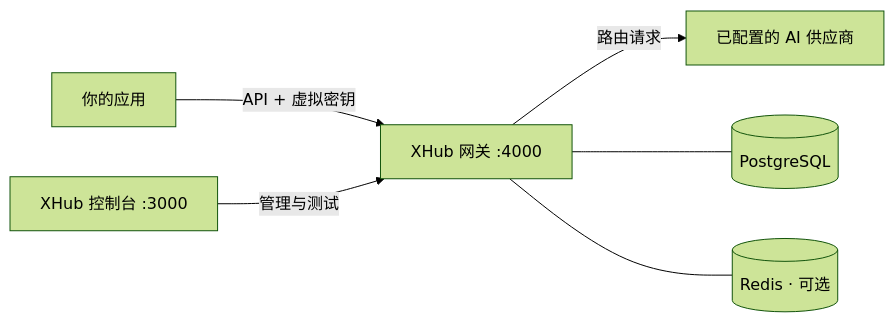
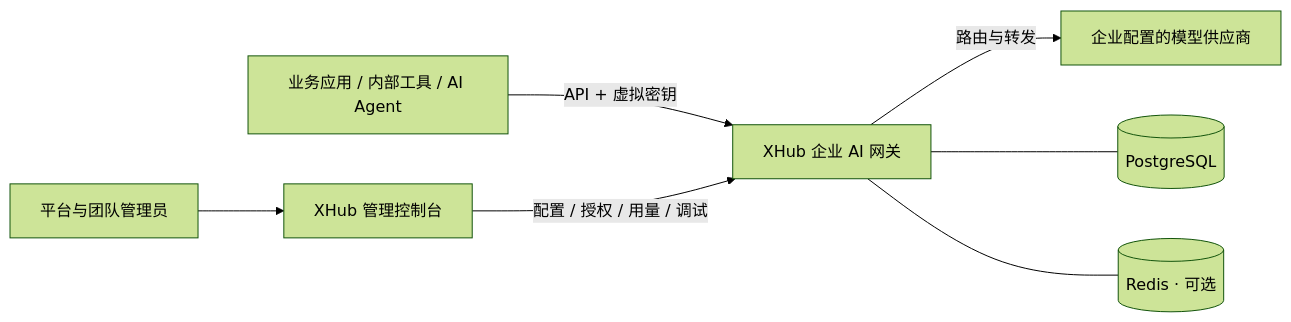
The diagram in README.zh-CN.md (sunqirui1987/xhub), drawn with Mermaid (forest theme) before and after one commit. The commit also changed other lines of this file and 94 other files, not shown here.

````diff
--- a/README.zh-CN.md
+++ b/README.zh-CN.md
@@ -53,8 +115,9 @@
 ```mermaid
 flowchart LR
-    App[你的应用] -->|API + 虚拟密钥| Gateway[XHub 网关 :4000]
-    Console[XHub 控制台 :3000] -->|管理与测试| Gateway
-    Gateway -->|路由请求| Providers[已配置的 AI 供应商]
+    Apps[业务应用 / 内部工具 / AI Agent] -->|API + 虚拟密钥| Gateway[XHub 企业 AI 网关]
+    Platform[平台与团队管理员] --> Console[XHub 管理控制台]
+    Console -->|配置 / 授权 / 用量 / 调试| Gateway
+    Gateway -->|路由与转发| Providers[企业配置的模型供应商]
     Gateway --- DB[(PostgreSQL)]
     Gateway --- Redis[(Redis · 可选)]
 ```
````
